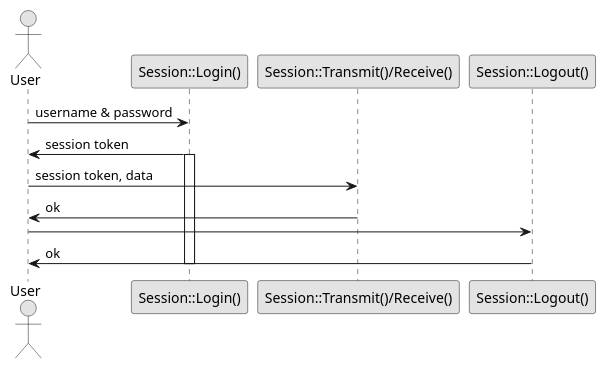
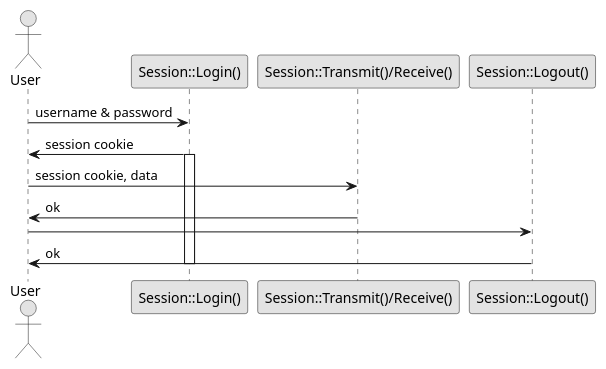
Before and after one commit to mihaigalos/osi-stack: the diagram in README.md, drawn with PlantUML. The commit also changed 1 other file, not shown here.

Commit message:
Improve naming

````diff
--- a/README.md
+++ b/README.md
@@ -42,15 +42,15 @@
 ```plantuml
 @startuml
     skinparam monochrome true
 
     actor User
     User -> "Session::Login()" : username & password
-    "Session::Login()" -> User : session token
+    "Session::Login()" -> User : session cookie
     activate "Session::Login()"
-    User -> "Session::Transmit()/Receive()" : session token, data
+    User -> "Session::Transmit()/Receive()" : session cookie, data
     "Session::Transmit()/Receive()" -> User : ok
     User -> "Session::Logout()"
     "Session::Logout()" -> User : ok
     deactivate "Session::Login()"
 @enduml
 ```
````
